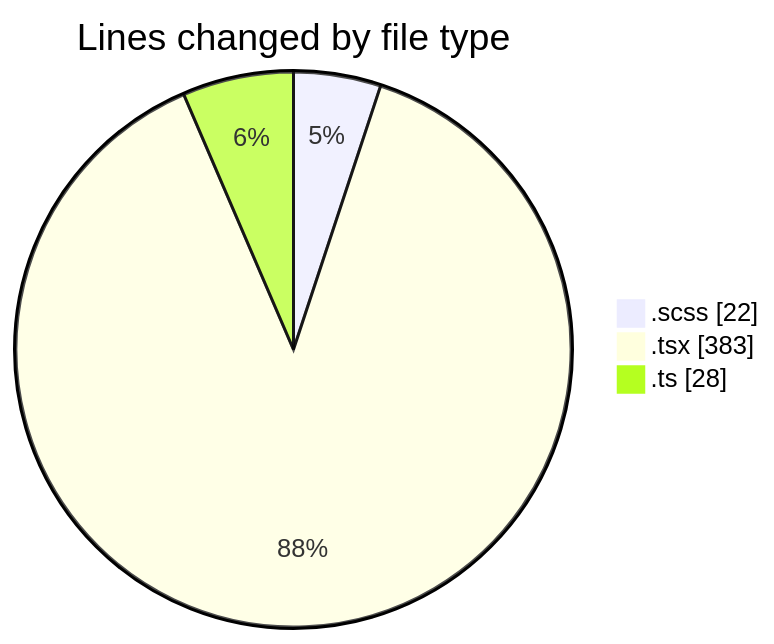
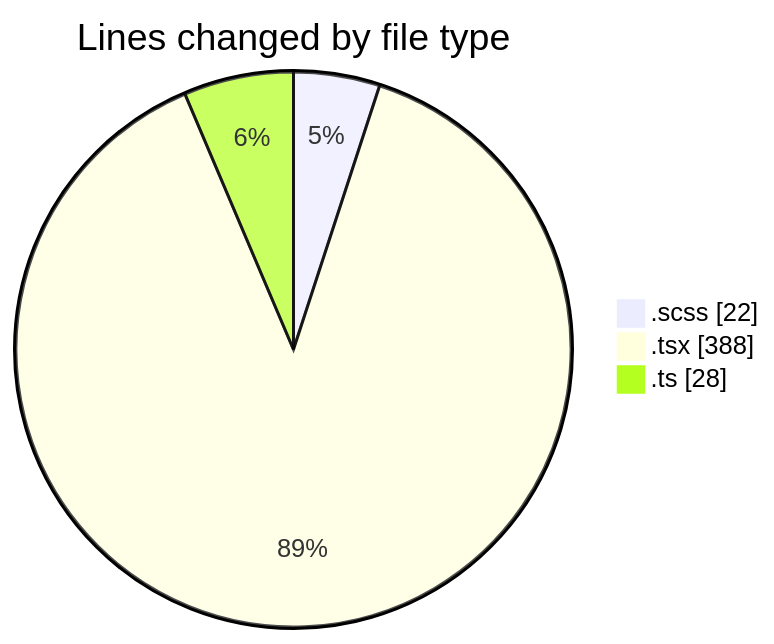
The first of 2 diagrams in 2025-02-10/cda/README.md (momahboobian/code-tracking), drawn with Mermaid before and after one commit. The commit also changed other lines of this file and 1 other file, not shown here.

````diff
--- a/2025-02-10/cda/README.md
+++ b/2025-02-10/cda/README.md
@@ -24,7 +24,7 @@
 ```mermaid
 pie showData
 title Lines changed by file type
 ".scss" : 22
-".tsx" : 383
+".tsx" : 388
 ".ts" : 28
 ```
````
